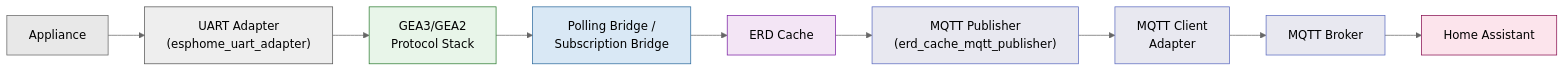
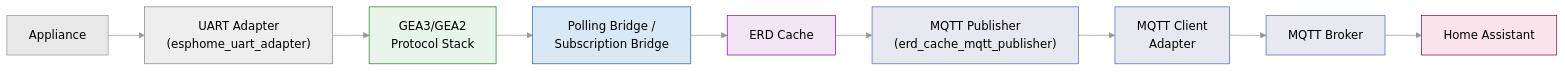
Before and after one commit to eddietheengineer/home-assistant-bridge-esphome: the first of 3 diagrams in docs/architecture/data-flow.md, drawn with Mermaid. The commit also changed other lines of this file and 3 other files, not shown here.

First line of the commit message:
style(docs): improve mermaid chart visibility in dark mode

````diff
--- a/docs/architecture/data-flow.md
+++ b/docs/architecture/data-flow.md
@@ -12,26 +12,26 @@
 ```mermaid
-%%{init: {"theme":"neutral","themeVariables":{"primaryColor":"#4a90d9","primaryBorderColor":"#2c6a9e","primaryTextColor":"#1a1a1a","secondaryColor":"#d9e8f5","tertiaryColor":"#f0f0f0","lineColor":"#666666","clusterBkg":"#f5f5f5","clusterBorder":"#cccccc","fontFamily":"monospace","nodeBorder":"#555555","edgeLabelBackground":"#ffffff"}}}%%
+%%{init: {"theme":"neutral","themeVariables":{"primaryColor":"#4a90d9","primaryBorderColor":"#2c6a9e","primaryTextColor":"#1a1a1a","secondaryColor":"#d9e8f5","tertiaryColor":"#f0f0f0","lineColor":"#999999","clusterBkg":"#f5f5f5","clusterBorder":"#aaaaaa","fontFamily":"monospace","nodeBorder":"#888888","edgeLabelBackground":"#ffffff"}}}%%
 graph LR
     APPLIANCE["Appliance"] --> UART["UART Adapter<br/>(esphome_uart_adapter)"]
     UART --> PROTOCOL["GEA3/GEA2<br/>Protocol Stack"]
     PROTOCOL --> BRIDGES["Polling Bridge /<br/>Subscription Bridge"]
     BRIDGES --> CACHE["ERD Cache"]
     CACHE --> PUB["MQTT Publisher<br/>(erd_cache_mqtt_publisher)"]
     PUB --> MQTT["MQTT Client<br/>Adapter"]
     MQTT --> BROKER["MQTT Broker"]
     BROKER --> HA["Home Assistant"]
 
-    classDef appliance fill:#e8e8e8,stroke:#666666
+    classDef appliance fill:#e8e8e8,stroke:#999999
     classDef protocol fill:#e8f5e9,stroke:#2e7d32
     classDef bridge fill:#d9e8f5,stroke:#2c6a9e
     classDef cache fill:#f3e5f5,stroke:#7b1fa2
     classDef mqtt fill:#e8e8f0,stroke:#5c6bc0
     classDef ha fill:#fce4ec,stroke:#880e4f
 
     class APPLIANCE appliance
     class PROTOCOL protocol
     class BRIDGES bridge
     class CACHE cache
     class MQTT,PUB,BROKER mqtt
     class HA ha
 ```
````
